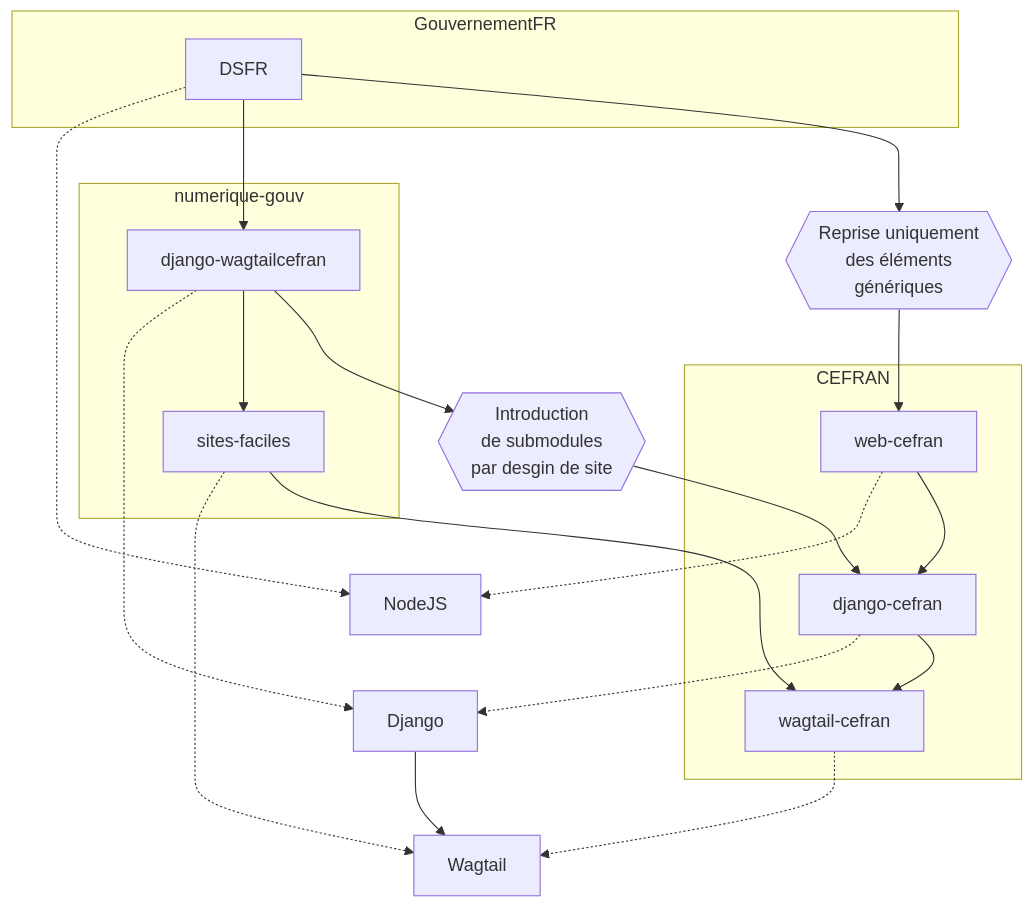
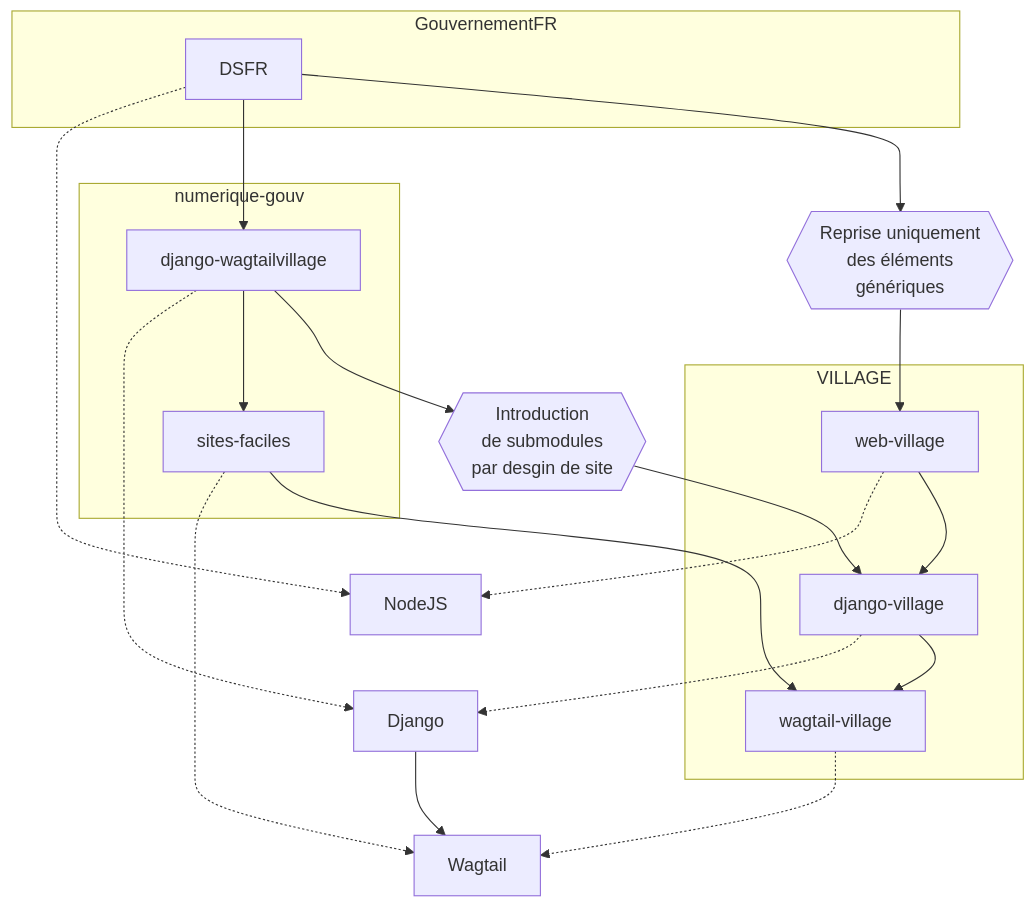
One commit to chris2fr/wagtail-village changed the diagram in README.md. Above: the diagram before and after it, drawn with Mermaid. The commit also changed other lines of this file and 231 other files, not shown here.

Commit message:
Wagtail Village 0.0.1

````diff
--- a/README.md
+++ b/README.md
@@ -21,37 +21,37 @@
 ```mermaid
 flowchart TD
 
 subgraph GouvernementFR
 	DSFR
 end
 subgraph numerique-gouv
-	django-wagtailcefran
+	django-wagtailvillage
 	sites-faciles
 end
-subgraph CEFRAN 
-	web-cefran
-	django-cefran
-	wagtail-cefran
+subgraph VILLAGE 
+	web-village
+	django-village
+	wagtail-village
 end
 
 
-django-wagtailcefran -.-> Django 
+django-wagtailvillage -.-> Django 
  sites-faciles-.-> Wagtail 
- django-cefran -.-> Django
-wagtail-cefran -.-> Wagtail 
+ django-village -.-> Django
+wagtail-village -.-> Wagtail 
 DSFR -.-> NodeJS 
-web-cefran  -.-> NodeJS 
+web-village  -.-> NodeJS 
 
-DSFR --> django-wagtailcefran
-django-wagtailcefran --> sites-faciles
+DSFR --> django-wagtailvillage
+django-wagtailvillage --> sites-faciles
 DSFR --> uniquement-generique{{Reprise uniquement\ndes éléments\ngénériques}}
-uniquement-generique --> web-cefran
-web-cefran --> django-cefran
+uniquement-generique --> web-village
+web-village --> django-village
 
-django-wagtailcefran --> intro-submodules{{Introduction\nde submodules\npar desgin de site}}
-intro-submodules --> django-cefran
-django-cefran --> wagtail-cefran
-sites-faciles --> wagtail-cefran
+django-wagtailvillage --> intro-submodules{{Introduction\nde submodules\npar desgin de site}}
+intro-submodules --> django-village
+django-village --> wagtail-village
+sites-faciles --> wagtail-village
 
 Django --> Wagtail
 ```
````
